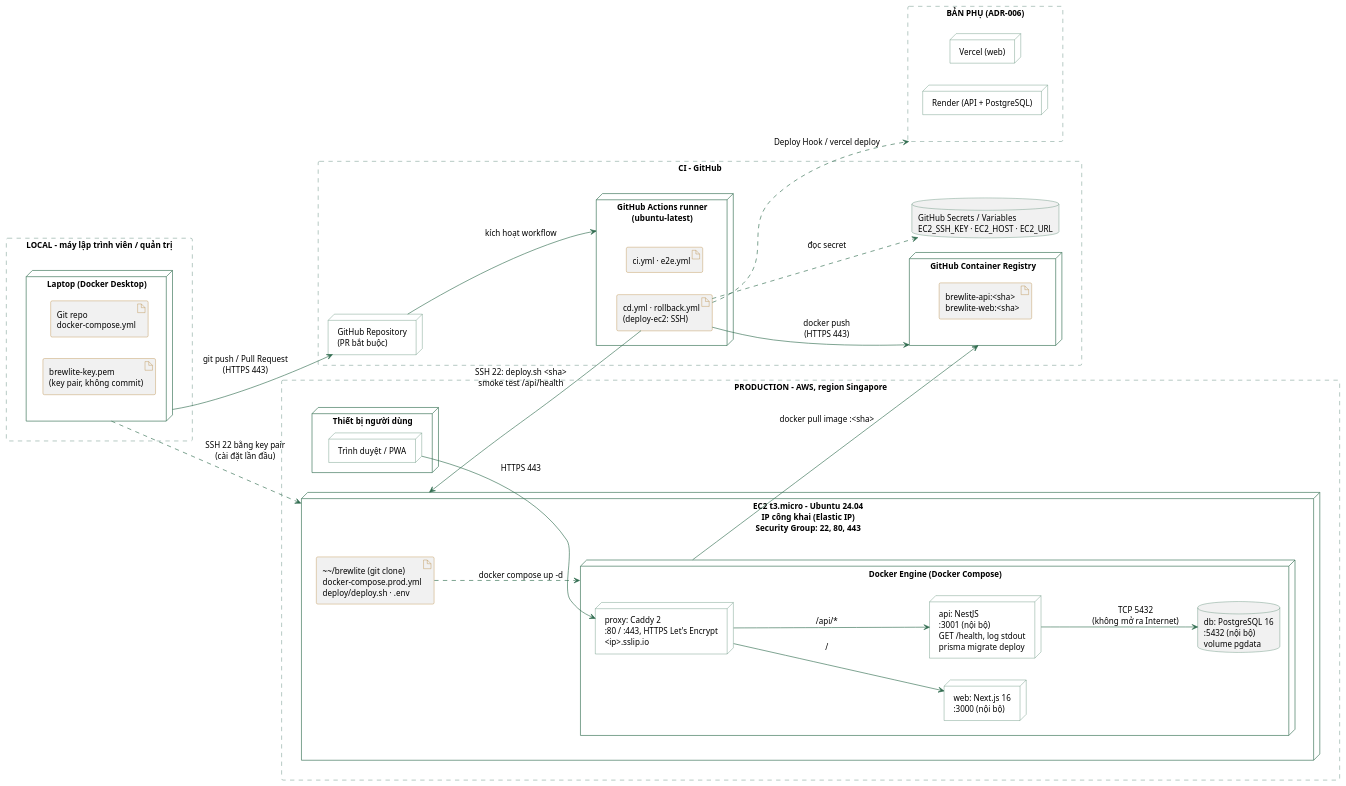
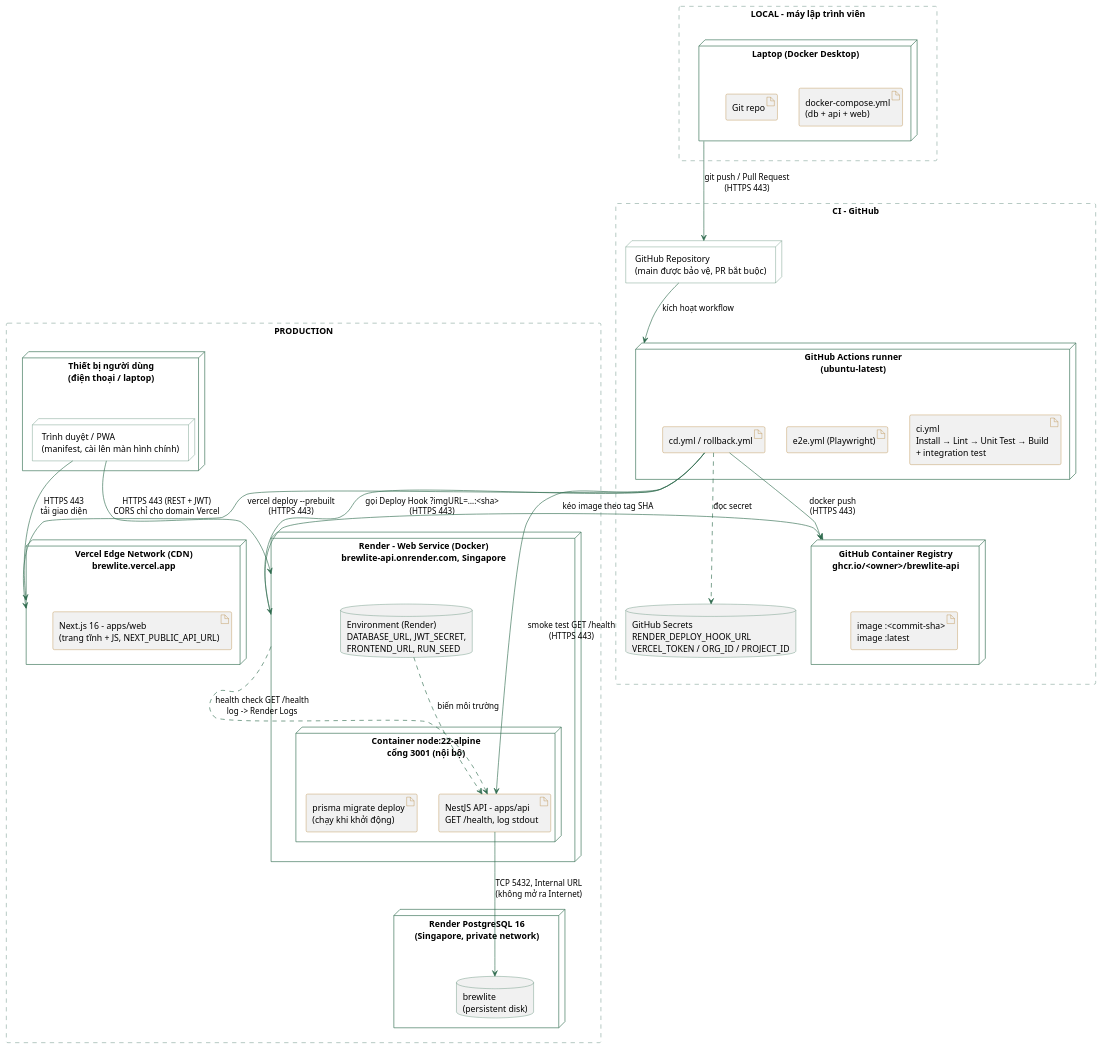
The diagram in docs/architecture/deployment.puml (DuyPhong-181006/BrewLite-Assignment2-), drawn with PlantUML before and after one commit. The commit also changed 18 other files, not shown here.

Commit message:
revert: khoi phuc trang thai ve PR #25 vi ko can deploy AWS EC2 nua

```diff
--- a/docs/architecture/deployment.puml
+++ b/docs/architecture/deployment.puml
@@ -1,69 +1,67 @@
 @startuml deployment
-' UML deployment diagram – môi trường production thực tế (Task 3.2) – TV1 Đào Duy Phong, TV6 Nguyễn Tấn Sự
-' Production chính: AWS EC2 (Ubuntu + Docker Compose + Caddy) – ADR-007. Bản phụ: Vercel + Render – ADR-006.
+' UML deployment diagram – môi trường production thực tế (Task 3.2) – TV1 Đào Duy Phong
+' Nền tảng: Vercel (web) + Render (API, PostgreSQL) + GitHub Actions/GHCR (CI/CD). Xem ADR-006.
 skinparam shadowing false
 skinparam defaultFontName "Arial"
-skinparam defaultFontSize 13
 skinparam nodeBorderColor #2F6B4F
 skinparam nodeBackgroundColor #FFFFFF
 skinparam artifactBorderColor #A86B12
 skinparam databaseBorderColor #2F6B4F
 skinparam ArrowColor #2F6B4F
 skinparam rectangleBorderColor #8AA9A0
 skinparam rectangleBorderStyle dashed
-left to right direction
 
-rectangle "LOCAL – máy lập trình viên / quản trị" as LOCAL {
+rectangle "LOCAL – máy lập trình viên" as LOCAL {
   node "Laptop (Docker Desktop)" as DEV {
-    artifact "Git repo\ndocker-compose.yml" as GIT
-    artifact "brewlite-key.pem\n(key pair, không commit)" as PEM
+    artifact "docker-compose.yml\n(db + api + web)" as COMPOSE
+    artifact "Git repo" as GIT
   }
 }
 
 rectangle "CI – GitHub" as CI {
-  node "GitHub Repository\n(PR bắt buộc)" as GH
+  node "GitHub Repository\n(main được bảo vệ, PR bắt buộc)" as GH
   node "GitHub Actions runner\n(ubuntu-latest)" as RUNNER {
-    artifact "ci.yml · e2e.yml" as CIWF
-    artifact "cd.yml · rollback.yml\n(deploy-ec2: SSH)" as CDWF
+    artifact "ci.yml\nInstall → Lint → Unit Test → Build\n+ integration test" as CIWF
+    artifact "e2e.yml (Playwright)" as E2EWF
+    artifact "cd.yml / rollback.yml" as CDWF
   }
-  node "GitHub Container Registry" as GHCR {
-    artifact "brewlite-api:<sha>\nbrewlite-web:<sha>" as IMG
+  node "GitHub Container Registry\nghcr.io/<owner>/brewlite-api" as GHCR {
+    artifact "image :<commit-sha>\nimage :latest" as IMG
   }
-  database "GitHub Secrets / Variables\nEC2_SSH_KEY · EC2_HOST · EC2_URL" as SECRETS
+  database "GitHub Secrets\nRENDER_DEPLOY_HOOK_URL\nVERCEL_TOKEN / ORG_ID / PROJECT_ID" as SECRETS
 }
 
-rectangle "PRODUCTION – AWS, region Singapore" as PROD {
-  node "Thiết bị người dùng" as DEVICE {
-    node "Trình duyệt / PWA" as BROWSER
+rectangle "PRODUCTION" as PROD {
+  node "Thiết bị người dùng\n(điện thoại / laptop)" as DEVICE {
+    node "Trình duyệt / PWA\n(manifest, cài lên màn hình chính)" as BROWSER
   }
-  node "EC2 t3.micro – Ubuntu 24.04\nIP công khai (Elastic IP)\nSecurity Group: 22, 80, 443" as EC2 {
-    artifact "~~/brewlite (git clone)\ndocker-compose.prod.yml\ndeploy/deploy.sh · .env" as REPO
-    node "Docker Engine (Docker Compose)" as DOCKER {
-      node "proxy: Caddy 2\n:80 / :443, HTTPS Let's Encrypt\n<ip>.sslip.io" as CADDY
-      node "web: Next.js 16\n:3000 (nội bộ)" as WEB
-      node "api: NestJS\n:3001 (nội bộ)\nGET /health, log stdout\nprisma migrate deploy" as API
-      database "db: PostgreSQL 16\n:5432 (nội bộ)\nvolume pgdata" as DB
+  node "Vercel Edge Network (CDN)\nbrewlite.vercel.app" as VERCEL {
+    artifact "Next.js 16 – apps/web\n(trang tĩnh + JS, NEXT_PUBLIC_API_URL)" as WEB
+  }
+  node "Render – Web Service (Docker)\nbrewlite-api.onrender.com, Singapore" as RENDER {
+    node "Container node:22-alpine\ncổng 3001 (nội bộ)" as CONTAINER {
+      artifact "NestJS API – apps/api\nGET /health, log stdout" as API
+      artifact "prisma migrate deploy\n(chạy khi khởi động)" as MIG
     }
+    database "Environment (Render)\nDATABASE_URL, JWT_SECRET,\nFRONTEND_URL, RUN_SEED" as ENV
+  }
+  node "Render PostgreSQL 16\n(Singapore, private network)" as PG {
+    database "brewlite\n(persistent disk)" as DB
   }
 }
 
-rectangle "BẢN PHỤ (ADR-006)" as BACKUP {
-  node "Vercel (web)" as VERCEL
-  node "Render (API + PostgreSQL)" as RENDER
-}
-
 DEV --> GH : git push / Pull Request\n(HTTPS 443)
-DEV ..> EC2 : SSH 22 bằng key pair\n(cài đặt lần đầu)
 GH --> RUNNER : kích hoạt workflow
 CDWF --> GHCR : docker push\n(HTTPS 443)
 CDWF ..> SECRETS : đọc secret
-CDWF --> EC2 : SSH 22: deploy.sh <sha>\nsmoke test /api/health
-CDWF ..> BACKUP : Deploy Hook / vercel deploy
-DOCKER --> GHCR : docker pull image :<sha>
-REPO ..> DOCKER : docker compose up -d
+CDWF --> RENDER : gọi Deploy Hook ?imgURL=…:<sha>\n(HTTPS 443)
+CDWF --> VERCEL : vercel deploy --prebuilt\n(HTTPS 443)
+CDWF --> API : smoke test GET /health\n(HTTPS 443)
+RENDER --> GHCR : kéo image theo tag SHA
 
-BROWSER --> CADDY : HTTPS 443
-CADDY --> WEB : /
-CADDY --> API : /api/*
-API --> DB : TCP 5432\n(không mở ra Internet)
+BROWSER --> VERCEL : HTTPS 443\ntải giao diện
+BROWSER --> RENDER : HTTPS 443 (REST + JWT)\nCORS chỉ cho domain Vercel
+API --> DB : TCP 5432, Internal URL\n(không mở ra Internet)
+ENV ..> API : biến môi trường
+RENDER ..> API : health check GET /health\nlog -> Render Logs
 @enduml
```
